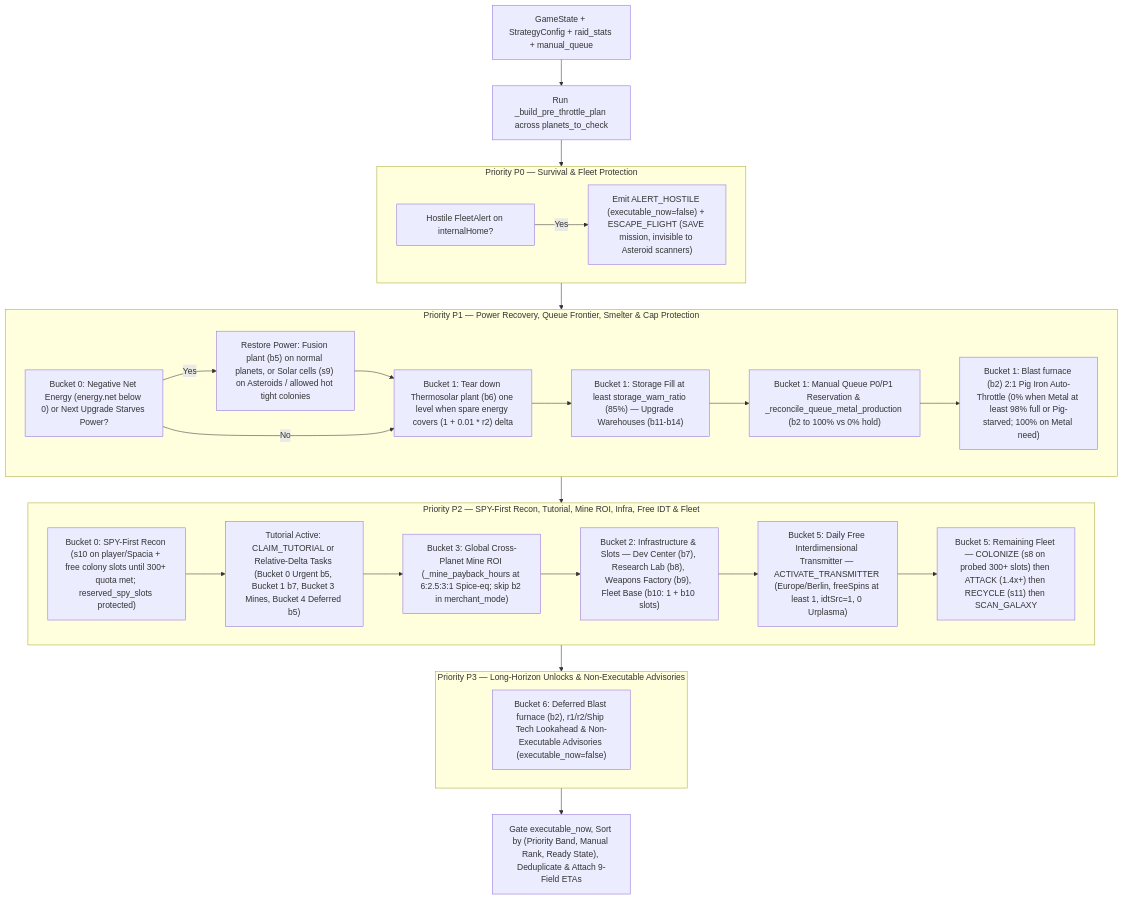
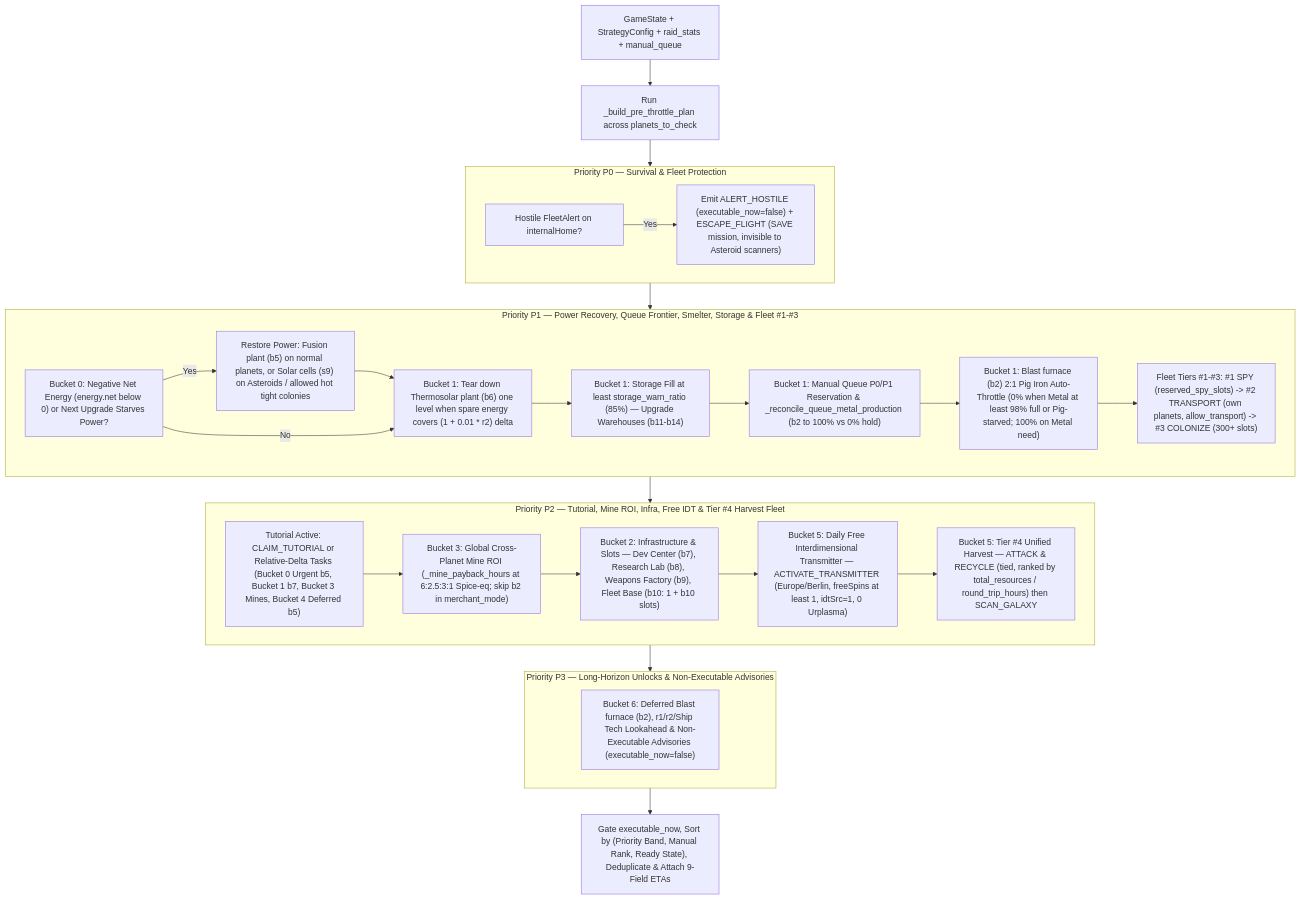
The first of 2 diagrams in docs/heuristic-strategy.md (vitorecomp/spaceinvasion-autoplayer), drawn with Mermaid before and after one commit. The commit also changed other lines of this file and 22 other files, not shown here.

Commit message:
Enforce 4-tier fleet priority (SPY -> TRANSPORT -> COLONIZE -> ATTACK/RECYCLE by res/time)

````diff
--- a/docs/heuristic-strategy.md
+++ b/docs/heuristic-strategy.md
@@ -91,43 +90,43 @@
 ```mermaid
 flowchart TD
     Start["GameState + StrategyConfig + raid_stats + manual_queue"] --> PrePlan["Run _build_pre_throttle_plan across planets_to_check"]
 
     subgraph TierP0["Priority P0 — Survival & Fleet Protection"]
         P0Check["Hostile FleetAlert on internalHome?"]
         P0Act["Emit ALERT_HOSTILE (executable_now=false) + ESCAPE_FLIGHT (SAVE mission, invisible to Asteroid scanners)"]
         P0Check -->|"Yes"| P0Act
     end
 
-    subgraph TierP1["Priority P1 — Power Recovery, Queue Frontier, Smelter & Cap Protection"]
+    subgraph TierP1["Priority P1 — Power Recovery, Queue Frontier, Smelter, Storage & Fleet #1-#3"]
         P1Energy["Bucket 0: Negative Net Energy (energy.net below 0) or Next Upgrade Starves Power?"]
         P1Power["Restore Power: Fusion plant (b5) on normal planets, or Solar cells (s9) on Asteroids / allowed hot tight colonies"]
         P1Demolish["Bucket 1: Tear down Thermosolar plant (b6) one level when spare energy covers (1 + 0.01 * r2) delta"]
         P1Wh["Bucket 1: Storage Fill at least storage_warn_ratio (85%) — Upgrade Warehouses (b11-b14)"]
         P1Queue["Bucket 1: Manual Queue P0/P1 Reservation & _reconcile_queue_metal_production (b2 to 100% vs 0% hold)"]
         P1Throttle["Bucket 1: Blast furnace (b2) 2:1 Pig Iron Auto-Throttle (0% when Metal at least 98% full or Pig-starved; 100% on Metal need)"]
+        P1Fleet["Fleet Tiers #1-#3: #1 SPY (reserved_spy_slots) -> #2 TRANSPORT (own planets, allow_transport) -> #3 COLONIZE (300+ slots)"]
         P1Energy -->|"Yes"| P1Power
         P1Power --> P1Demolish
         P1Energy -->|"No"| P1Demolish
-        P1Demolish --> P1Wh --> P1Queue --> P1Throttle
+        P1Demolish --> P1Wh --> P1Queue --> P1Throttle --> P1Fleet
     end
 
-    subgraph TierP2["Priority P2 — SPY-First Recon, Tutorial, Mine ROI, Infra, Free IDT & Fleet"]
-        P2Spy["Bucket 0: SPY-First Recon (s10 on player/Spacia + free colony slots until 300+ quota met; reserved_spy_slots protected)"]
+    subgraph TierP2["Priority P2 — Tutorial, Mine ROI, Infra, Free IDT & Tier #4 Harvest Fleet"]
         P2Tut["Tutorial Active: CLAIM_TUTORIAL or Relative-Delta Tasks (Bucket 0 Urgent b5, Bucket 1 b7, Bucket 3 Mines, Bucket 4 Deferred b5)"]
         P2Mines["Bucket 3: Global Cross-Planet Mine ROI (_mine_payback_hours at 6:2.5:3:1 Spice-eq; skip b2 in merchant_mode)"]
         P2Infra["Bucket 2: Infrastructure & Slots — Dev Center (b7), Research Lab (b8), Weapons Factory (b9), Fleet Base (b10: 1 + b10 slots)"]
         P2IDT["Bucket 5: Daily Free Interdimensional Transmitter — ACTIVATE_TRANSMITTER (Europe/Berlin, freeSpins at least 1, idtSrc=1, 0 Urplasma)"]
-        P2Fleet["Bucket 5: Remaining Fleet — COLONIZE (s8 on probed 300+ slots) then ATTACK (1.4x+) then RECYCLE (s11) then SCAN_GALAXY"]
-        P2Spy --> P2Tut --> P2Mines --> P2Infra --> P2IDT --> P2Fleet
+        P2Fleet["Bucket 5: Tier #4 Unified Harvest — ATTACK & RECYCLE (tied, ranked by total_resources / round_trip_hours) then SCAN_GALAXY"]
+        P2Tut --> P2Mines --> P2Infra --> P2IDT --> P2Fleet
     end
 
     subgraph TierP3["Priority P3 — Long-Horizon Unlocks & Non-Executable Advisories"]
         P3Adv["Bucket 6: Deferred Blast furnace (b2), r1/r2/Ship Tech Lookahead & Non-Executable Advisories (executable_now=false)"]
     end
 
     PrePlan --> TierP0
     TierP0 --> TierP1
     TierP1 --> TierP2
     TierP2 --> TierP3
     TierP3 --> Finalize["Gate executable_now, Sort by (Priority Band, Manual Rank, Ready State), Deduplicate & Attach 9-Field ETAs"]
 ```
````
